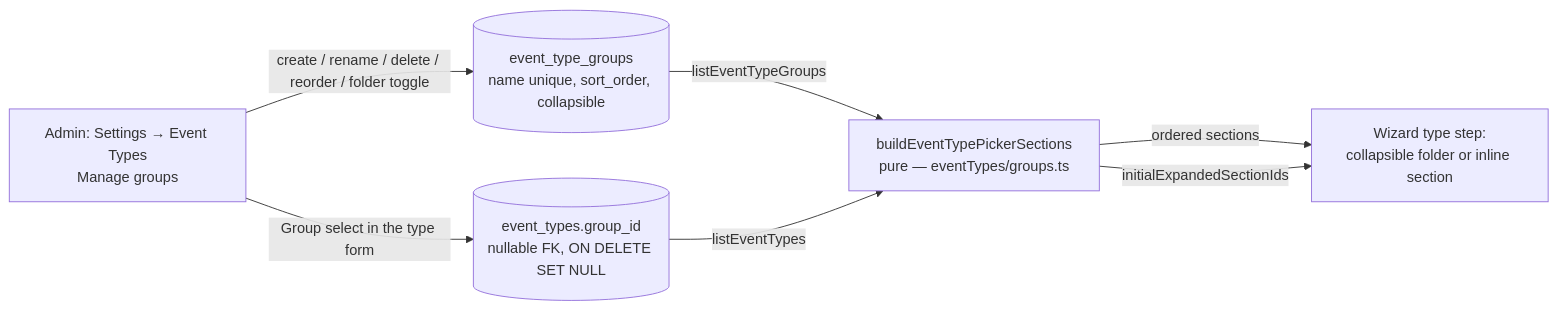
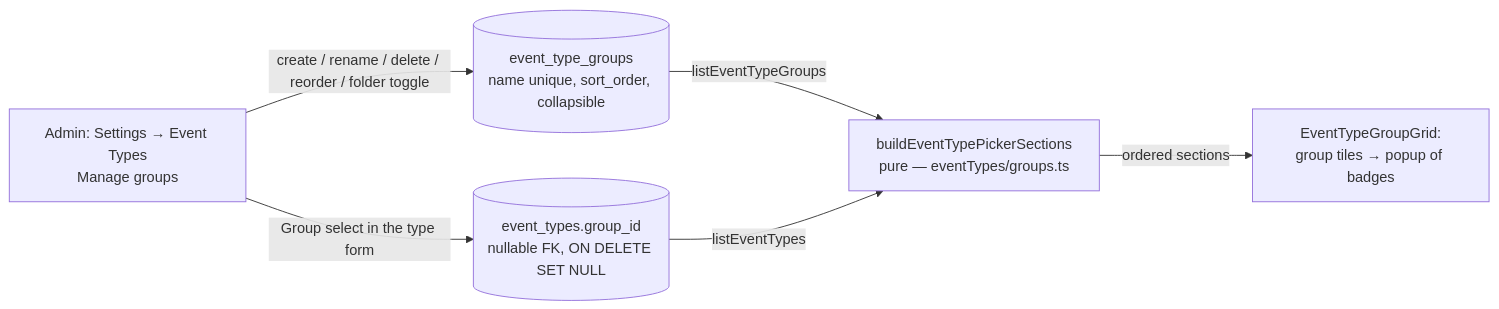
Before and after one commit to oncloudnintynineone-source/cloudy2: the fifth of 5 diagrams in docs/event-lifecycle.md, drawn with Mermaid. The commit also changed other lines of this file and 10 other files, not shown here.

Commit message:
refactor: grid-based event type picker (group tiles + popups) in wizard and filters

````diff
--- a/docs/event-lifecycle.md
+++ b/docs/event-lifecycle.md
@@ -817,9 +818,8 @@
 ```mermaid
 flowchart LR
  A[Admin: Settings → Event Types<br/>Manage groups] -->|create / rename / delete / reorder / folder toggle| G[(event_type_groups<br/>name unique, sort_order, collapsible)]
  A -->|Group select in the type form| T[(event_types.group_id<br/>nullable FK, ON DELETE SET NULL)]
  G -->|listEventTypeGroups| P[buildEventTypePickerSections<br/>pure — eventTypes/groups.ts]
  T -->|listEventTypes| P
- P -->|ordered sections| W[Wizard type step:<br/>collapsible folder or inline section]
- P -->|initialExpandedSectionIds| W
+ P -->|ordered sections| W[EventTypeGroupGrid:<br/>group tiles → popup of badges]
 ```
````
